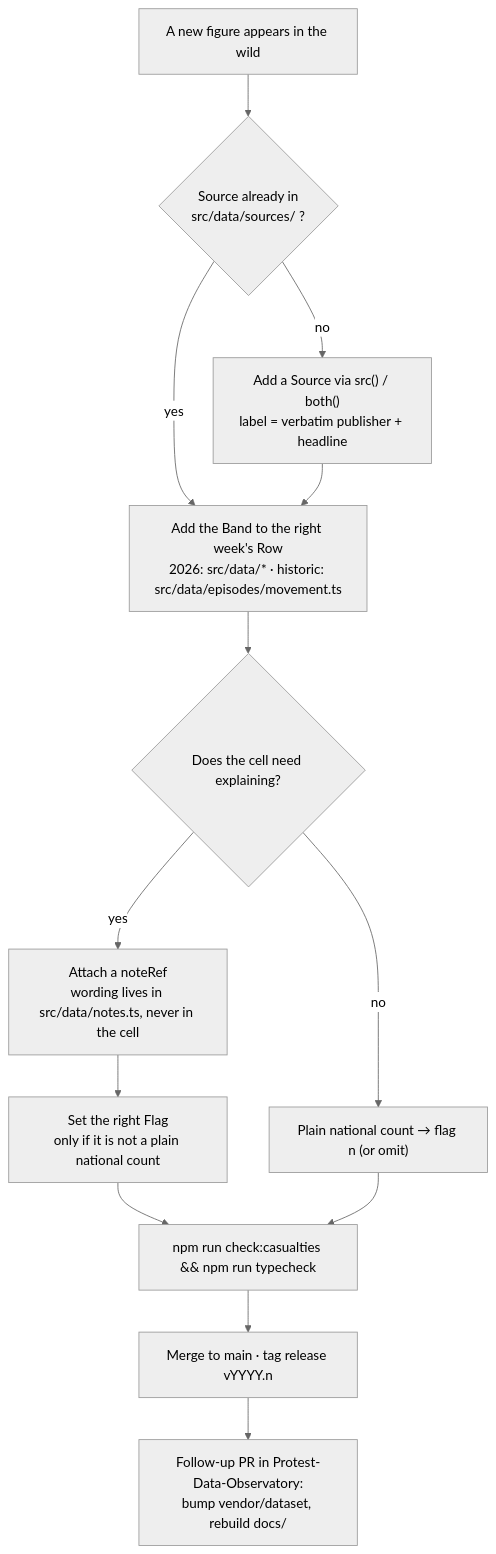
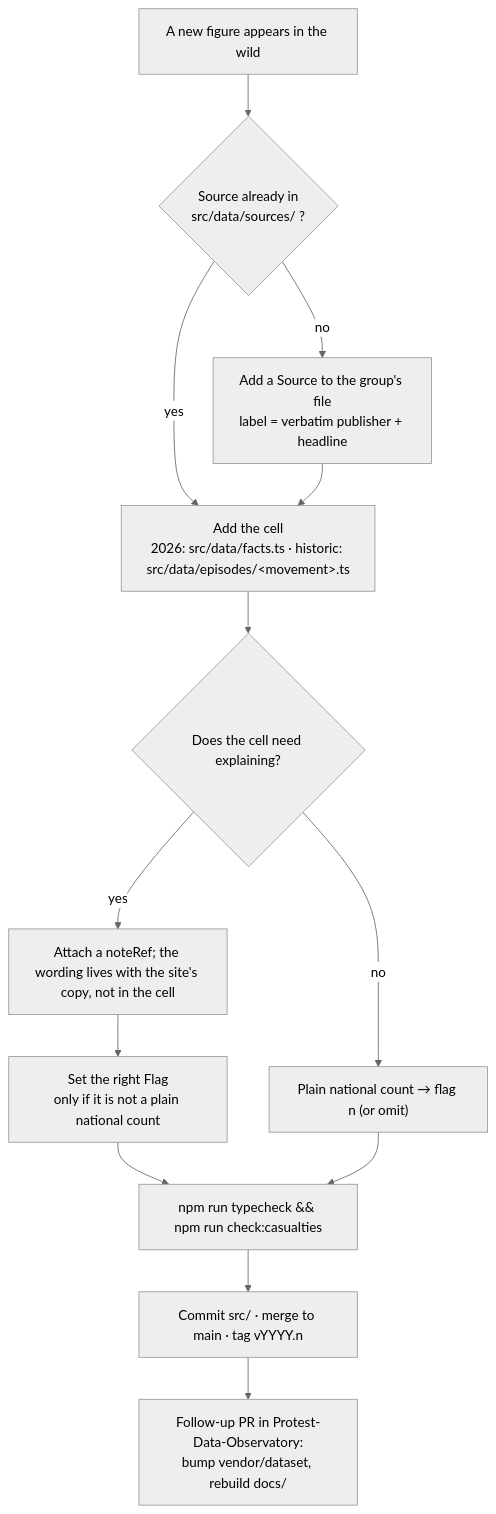
Before and after one commit to Manifestigations/Dataset: the second of 2 diagrams in README.md, drawn with Mermaid (neutral theme). The commit also changed other lines of this file and 2 other files, not shown here.

````diff
--- a/README.md
+++ b/README.md
@@ -142,15 +170,15 @@
 ```mermaid
 flowchart TD
   A["A new figure appears in the wild"] --> B{"Source already in<br/>src/data/sources/ ?"}
-  B -- "no" --> B1["Add a Source via src() / both()<br/>label = verbatim publisher + headline"]
+  B -- "no" --> B1["Add a Source to the group's file<br/>label = verbatim publisher + headline"]
   B -- "yes" --> C
-  B1 --> C["Add the Band to the right week's Row<br/>2026: src/data/* · historic: src/data/episodes/movement.ts"]
+  B1 --> C["Add the cell<br/>2026: src/data/facts.ts · historic: src/data/episodes/&lt;movement&gt;.ts"]
   C --> D{"Does the cell need explaining?"}
-  D -- "yes" --> D1["Attach a noteRef<br/>wording lives in src/data/notes.ts, never in the cell"]
+  D -- "yes" --> D1["Attach a noteRef; the wording lives with the site's copy, not in the cell"]
   D -- "no" --> E["Plain national count → flag n (or omit)"]
   D1 --> F["Set the right Flag<br/>only if it is not a plain national count"]
   F --> G
-  E --> G["npm run check:casualties && npm run typecheck"]
-  G --> H["Merge to main · tag release vYYYY.n"]
+  E --> G["npm run typecheck && npm run check:casualties"]
+  G --> H["Commit src/ · merge to main · tag vYYYY.n"]
   H --> I["Follow-up PR in Protest-Data-Observatory:<br/>bump vendor/dataset, rebuild docs/"]
 ```
````
